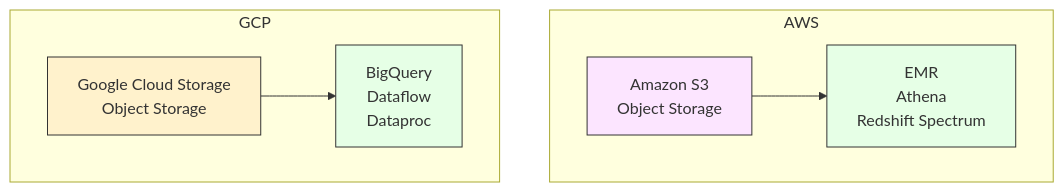
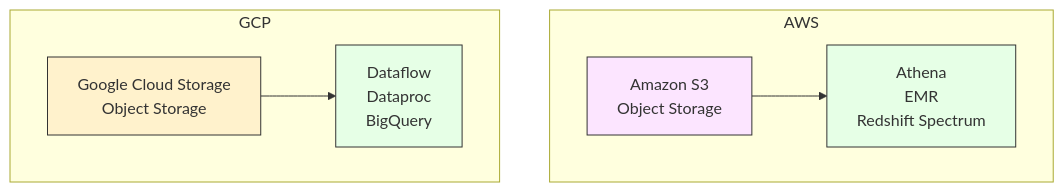
One commit to blaire101/DE2-AWS-Azure-GCP-2025 changed the first of 14 diagrams in README.md. Above: the diagram before and after it, drawn with Mermaid.

````diff
--- a/README.md
+++ b/README.md
@@ -1,19 +1,19 @@
 ```mermaid
 flowchart TB
     subgraph AWS
-        S3[Amazon S3<br/>Object Storage] --> EMR[EMR <br> Athena <br> Redshift Spectrum]
+        S3[Amazon S3<br/>Object Storage] --> EMR[Athena <br> EMR <br> Redshift Spectrum]
     end
 
     subgraph GCP
-        GCS[Google Cloud Storage<br/>Object Storage] --> BQ[BigQuery <br> Dataflow <br> Dataproc]
+        GCS[Google Cloud Storage<br/>Object Storage] --> BQ[Dataflow <br> Dataproc <br> BigQuery]
     end
 
     classDef aws fill:#fce5ff,stroke:#333,stroke-width:1px;
     classDef gcp fill:#fff2cc,stroke:#333,stroke-width:1px;
     classDef engine fill:#e6ffe6,stroke:#333,stroke-width:1px;
 
     class S3 aws;
     class GCS gcp;
     class EMR engine;
     class BQ engine;
 ```
````
